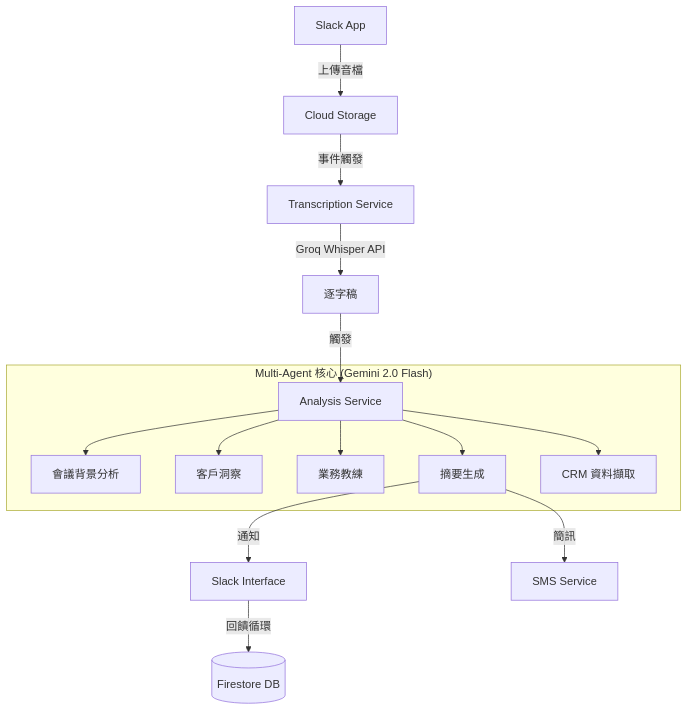
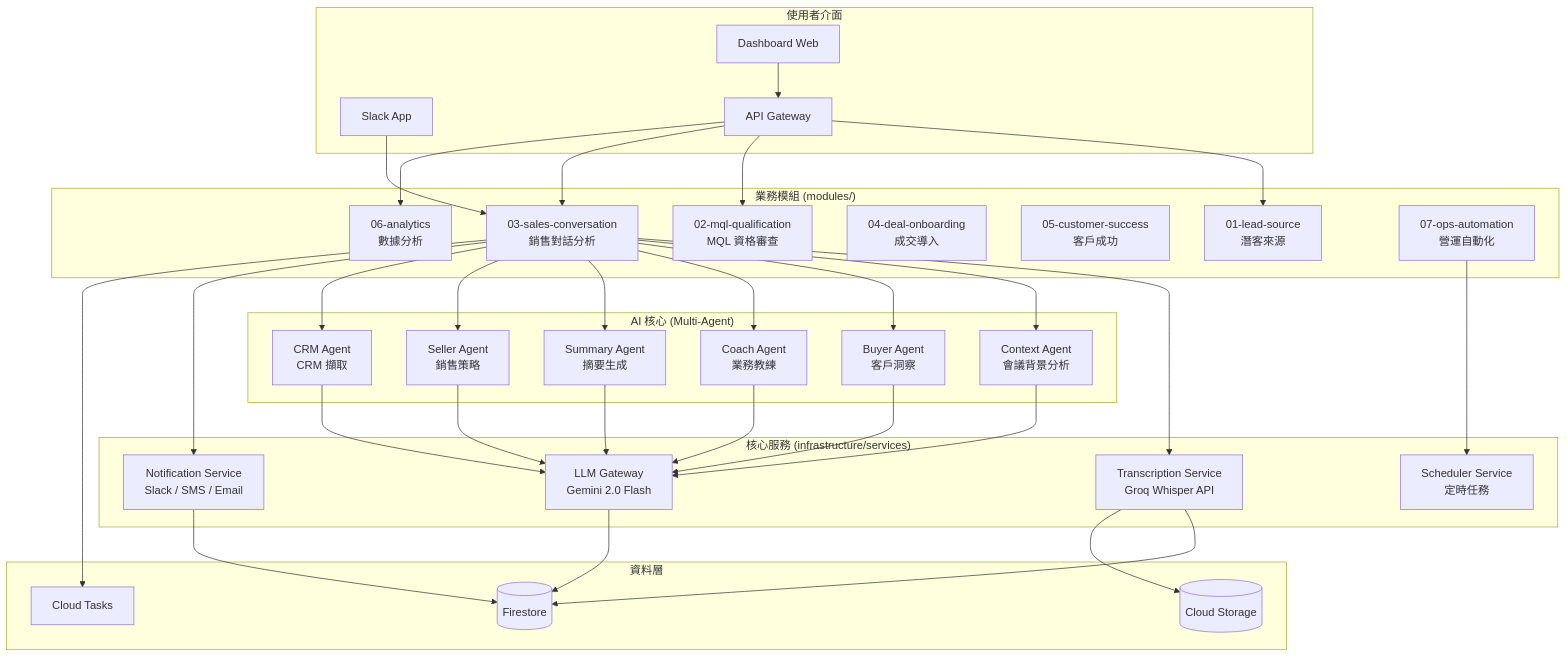
Before and after one commit to keweikao/sales-ai-automation-V2: the diagram in README.md, drawn with Mermaid. The commit also changed other lines of this file, not shown here.

````diff
--- a/README.md
+++ b/README.md
@@ -35,19 +56,55 @@
 ```mermaid
-graph TD
-    User[Slack App] -->|上傳音檔| Storage[Cloud Storage]
-    Storage -->|事件觸發| Transcribe[Transcription Service]
-    Transcribe -->|Groq Whisper API| Text[逐字稿]
-    Text -->|觸發| Analysis[Analysis Service]
-
-    subgraph "Multi-Agent 核心 (Gemini 2.0 Flash)"
-        Analysis --> Agent1[會議背景分析]
-        Analysis --> Agent2[客戶洞察]
-        Analysis --> Agent3[業務教練]
-        Analysis --> Agent4[摘要生成]
-        Analysis --> Agent6[CRM 資料擷取]
+graph TB
+    subgraph "使用者介面"
+        Slack[Slack App]
+        Dashboard[Dashboard Web]
+        API[API Gateway]
     end
 
-    Agent4 -->|通知| Slack[Slack Interface]
-    Agent4 -->|簡訊| SMS[SMS Service]
-    Slack -->|回饋循環| Firestore[(Firestore DB)]
+    subgraph "核心服務 (infrastructure/services)"
+        Transcription[Transcription Service<br/>Groq Whisper API]
+        Notification[Notification Service<br/>Slack / SMS / Email]
+        Scheduler[Scheduler Service<br/>定時任務]
+        LLM[LLM Gateway<br/>Gemini 2.0 Flash]
+    end
+
+    subgraph "業務模組 (modules/)"
+        M01[01-lead-source<br/>潛客來源]
+        M02[02-mql-qualification<br/>MQL 資格審查]
+        M03[03-sales-conversation<br/>銷售對話分析]
+        M04[04-deal-onboarding<br/>成交導入]
+        M05[05-customer-success<br/>客戶成功]
+        M06[06-analytics<br/>數據分析]
+        M07[07-ops-automation<br/>營運自動化]
+    end
+
+    subgraph "AI 核心 (Multi-Agent)"
+        Agent1[Context Agent<br/>會議背景分析]
+        Agent2[Buyer Agent<br/>客戶洞察]
+        Agent3[Coach Agent<br/>業務教練]
+        Agent4[Summary Agent<br/>摘要生成]
+        Agent5[Seller Agent<br/>銷售策略]
+        Agent6[CRM Agent<br/>CRM 擷取]
+    end
+
+    subgraph "資料層"
+        Firestore[(Firestore)]
+        Storage[(Cloud Storage)]
+        Tasks[Cloud Tasks]
+    end
+
+    Slack --> M03
+    Dashboard --> API
+    API --> M01 & M02 & M03 & M06
+
+    M03 --> Transcription
+    M03 --> Agent1 & Agent2 & Agent3 & Agent4 & Agent5 & Agent6
+    Agent1 & Agent2 & Agent3 & Agent4 & Agent5 & Agent6 --> LLM
+
+    M03 --> Notification
+    M07 --> Scheduler
+
+    Transcription & Notification & LLM --> Firestore
+    Transcription --> Storage
+    M03 --> Tasks
 ```
````
